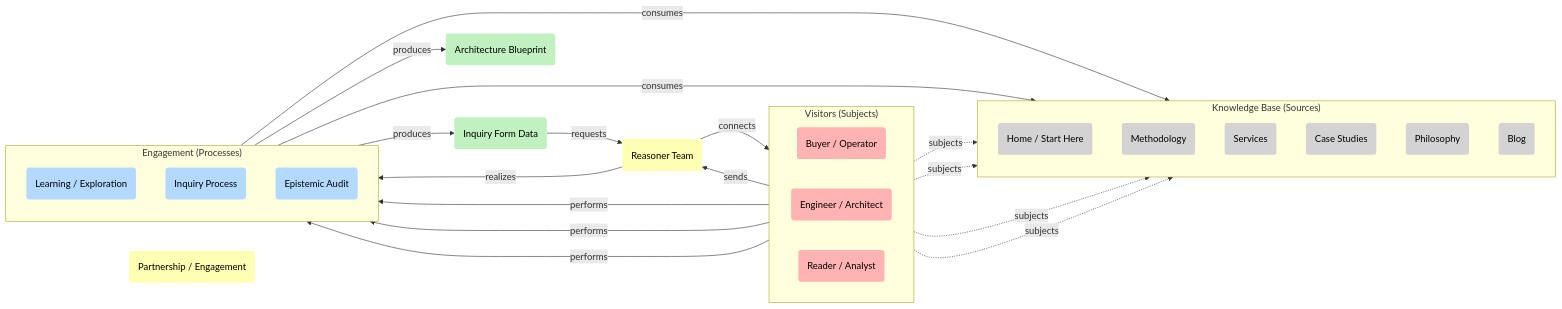
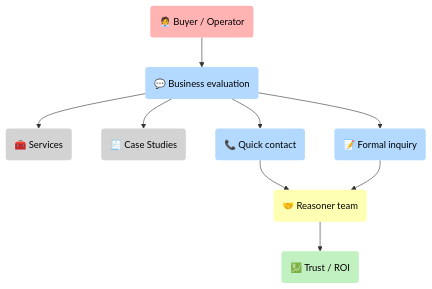
The second of 5 diagrams in docs/wizard/index.md (5Reasons/5reasons.github.io), drawn with Mermaid before and after one commit. The commit also changed other lines of this file and 4 other files, not shown here.

````diff
--- a/docs/wizard/index.md
+++ b/docs/wizard/index.md
@@ -19,59 +94,31 @@
 ```mermaid
-flowchart LR
-classDef i fill:#D3D3D3,stroke-width:0px,color:#000;
+flowchart TB
 classDef s fill:#FFB3B3,stroke-width:0px,color:#000;
 classDef p fill:#B3D9FF,stroke-width:0px,color:#000;
+classDef i fill:#D3D3D3,stroke-width:0px,color:#000;
 classDef r fill:#FFFFB3,stroke-width:0px,color:#000;
 classDef o fill:#C1F0C1,stroke-width:0px,color:#000;
-subgraph N_Visitors["Visitors (Subjects)"]
-    direction LR
-    S_Buyer("Buyer / Operator"):::s
-    S_Engineer("Engineer / Architect"):::s
-    S_Reader("Reader / Analyst"):::s
-end
-subgraph N_Actions["Engagement (Processes)"]
-    direction TB
-    P_Learn("Learning / Exploration"):::p
-    P_Inquiry("Inquiry Process"):::p
-    P_Audit("Epistemic Audit"):::p
-end
-subgraph N_Web["Knowledge Base (Sources)"]
-    direction TB
-    I_Home("Home / Start Here"):::i
-    I_Method("Methodology"):::i
-    I_Services("Services"):::i
-    I_Cases("Case Studies"):::i
-    I_Phil("Philosophy"):::i
-    I_Blog("Blog"):::i
-end
-R_Team("Reasoner Team"):::r
-R_Contract("Partnership / Engagement"):::r
-O_Form("Inquiry Form Data"):::o
-O_Blueprint("Architecture Blueprint"):::o
-S_Buyer -- "performs" --> P_Learn
-S_Engineer -- "performs" --> P_Learn
-S_Reader -- "performs" --> P_Learn
 
-P_Learn -- "consumes" --> I_Home
-P_Learn -- "consumes" --> I_Blog
-S_Buyer -. "subjects" .-> I_Services
-S_Buyer -. "subjects" .-> I_Cases
-S_Engineer -. "subjects" .-> I_Method
-S_Engineer -. "subjects" .-> I_Phil
-S_Buyer -- "sends" --> R_Team
-P_Inquiry -- "produces" --> O_Form
-O_Form -- "requests" --> R_Team
-R_Team -- "connects" --> S_Buyer
-R_Team -- "realizes" --> P_Audit
-P_Audit -- "produces" --> O_Blueprint
-click S_Buyer "/home/start-here/" "Go to Start Here"
-click S_Engineer "/home/start-here/" "Go to Start Here"
-click I_Home "/" "Home"
-click I_Method "/methodology/" "Methodology"
+S_Buyer("🧑‍💼 Buyer / Operator"):::s
+P_Biz("💬 Business evaluation"):::p
+I_Services("🧰 Services"):::i
+I_Cases("🧾 Case Studies"):::i
+P_Call("📞 Quick contact"):::p
+P_Inquiry("📝 Formal inquiry"):::p
+R_Team("🤝 Reasoner team"):::r
+O_Trust("💹 Trust / ROI"):::o
+
+S_Buyer --> P_Biz
+P_Biz --> I_Services
+P_Biz --> I_Cases
+P_Biz --> P_Call
+P_Biz --> P_Inquiry
+P_Call --> R_Team
+P_Inquiry --> R_Team
+R_Team --> O_Trust
+
 click I_Services "/services/" "Services"
 click I_Cases "/case-studies/" "Case Studies"
-click I_Phil "/philosophy/" "Philosophy"
-click I_Blog "/blog/" "Blog"
-click P_Inquiry "/home/inquiry/" "Open Inquiry Form"
-click P_Audit "/services/epistemic-audit/" "About Epistemic Audit"
+click P_Call "/contact/" "Contact"
+click P_Inquiry "/home/inquiry/" "Inquiry"
 ```
````
